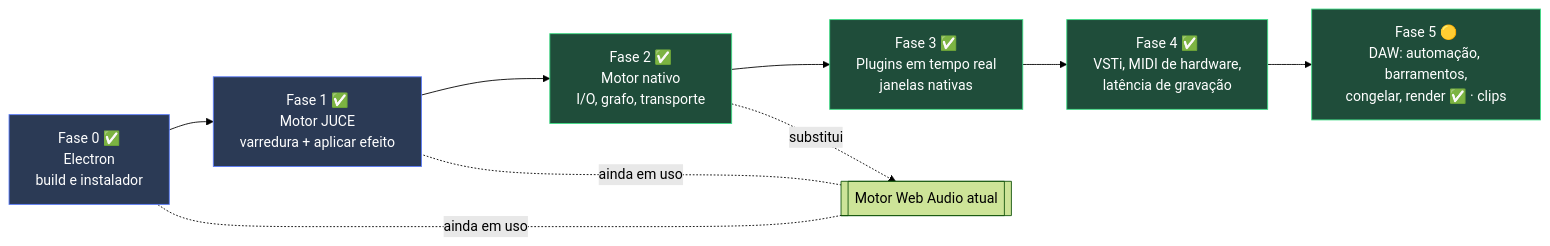
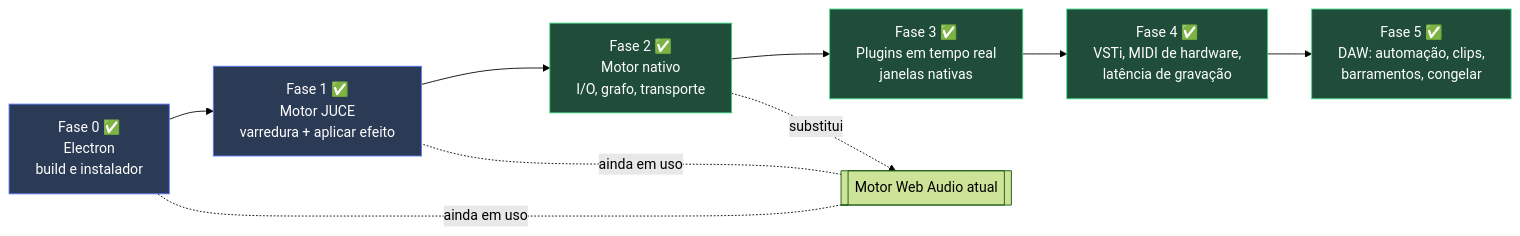
One commit to GuiPassoskt/RavenAudioEditor changed the seventh of 10 diagrams in docs/INTEGRACAO-PLUGINS-NATIVOS.md. Above: the diagram before and after it, drawn with Mermaid (forest theme). The commit also changed other lines of this file and 8 other files, not shown here.

````diff
--- a/docs/INTEGRACAO-PLUGINS-NATIVOS.md
+++ b/docs/INTEGRACAO-PLUGINS-NATIVOS.md
@@ -316,19 +316,19 @@
 ```mermaid
 flowchart LR
   F0["Fase 0 ✅<br/>Electron<br/>build e instalador"]
   F1["Fase 1 ✅<br/>Motor JUCE<br/>varredura + aplicar efeito"]
   F2["Fase 2 ✅<br/>Motor nativo<br/>I/O, grafo, transporte"]
   F3["Fase 3 ✅<br/>Plugins em tempo real<br/>janelas nativas"]
   F4["Fase 4 ✅<br/>VSTi, MIDI de hardware,<br/>latência de gravação"]
-  F5["Fase 5 🟡<br/>DAW: automação, barramentos,<br/>congelar, render ✅ · clips"]
+  F5["Fase 5 ✅<br/>DAW: automação, clips,<br/>barramentos, congelar"]
   F0 --> F1 --> F2 --> F3 --> F4 --> F5
 
   WA[["Motor Web Audio atual"]] -. "ainda em uso" .- F0
   WA -. "ainda em uso" .- F1
   F2 -. "substitui" .-> WA
 
   classDef web fill:#2b3a55,stroke:#5b7cfa,color:#fff
   classDef nat fill:#1f4d3a,stroke:#3ddc84,color:#fff
   class F0,F1 web
   class F2,F3,F4,F5 nat
 ```
````
